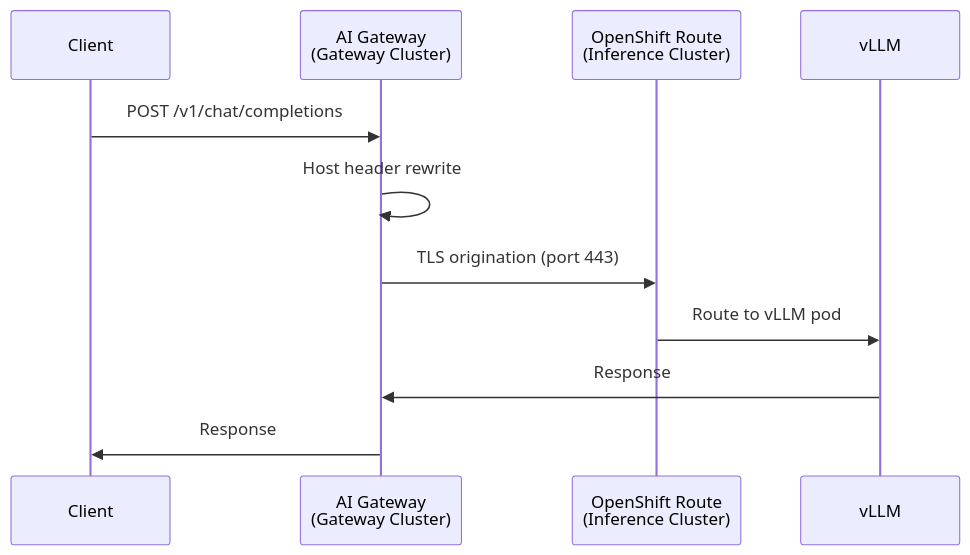
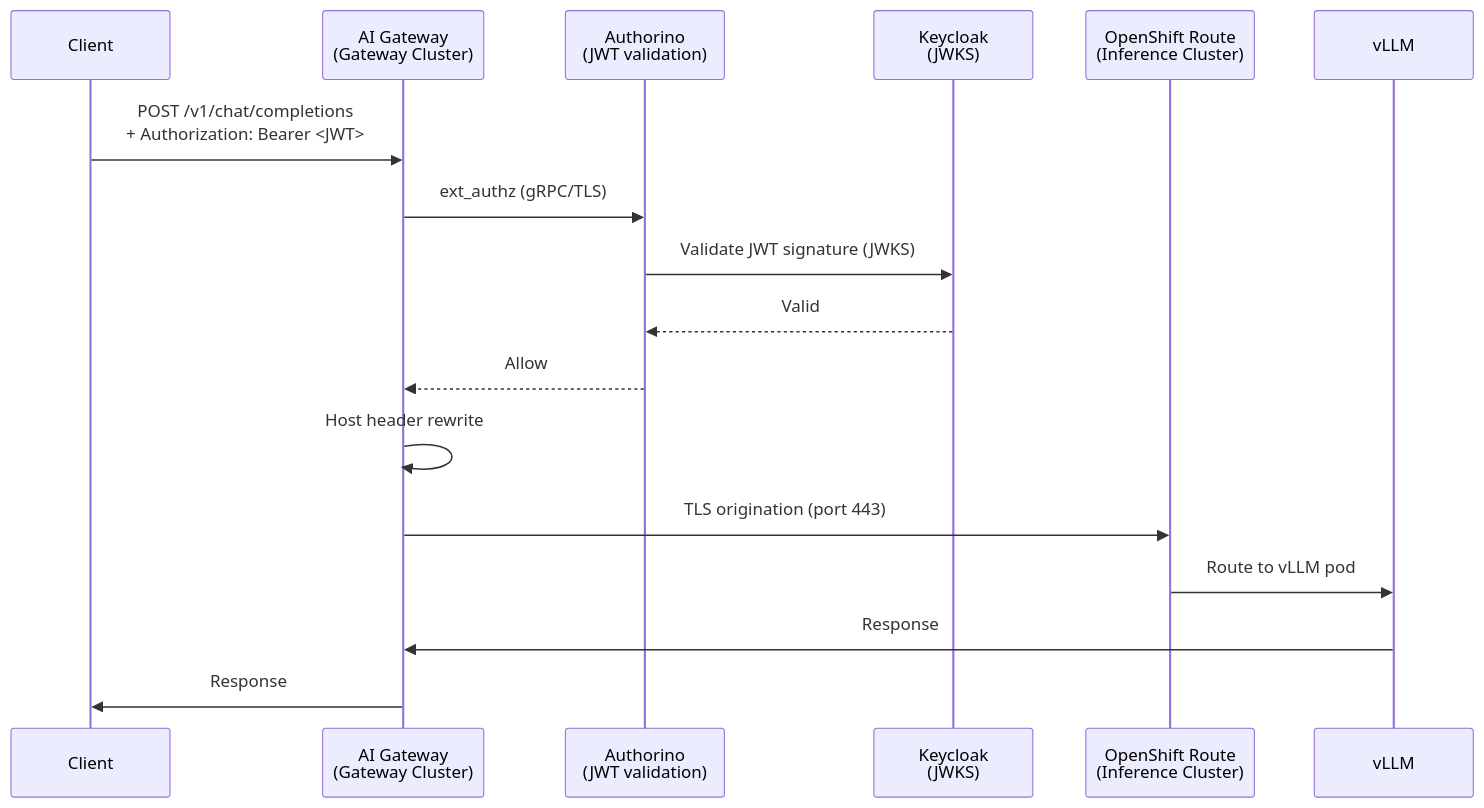
The second of 3 diagrams in README.md (rrbanda/maas-demo), drawn with Mermaid before and after one commit. The commit also changed other lines of this file and 6 other files, not shown here.

````diff
--- a/README.md
+++ b/README.md
@@ -56,14 +57,20 @@
 ```mermaid
 sequenceDiagram
     participant C as Client
     participant GW as AI Gateway<br/>(Gateway Cluster)
+    participant Auth as Authorino<br/>(JWT validation)
+    participant KC as Keycloak<br/>(JWKS)
     participant RT as OpenShift Route<br/>(Inference Cluster)
     participant V as vLLM
 
-    C->>GW: POST /v1/chat/completions
+    C->>GW: POST /v1/chat/completions<br/>+ Authorization: Bearer <JWT>
+    GW->>Auth: ext_authz (gRPC/TLS)
+    Auth->>KC: Validate JWT signature (JWKS)
+    KC-->>Auth: Valid
+    Auth-->>GW: Allow
     GW->>GW: Host header rewrite
     GW->>RT: TLS origination (port 443)
     RT->>V: Route to vLLM pod
     V->>GW: Response
     GW->>C: Response
 ```
````
